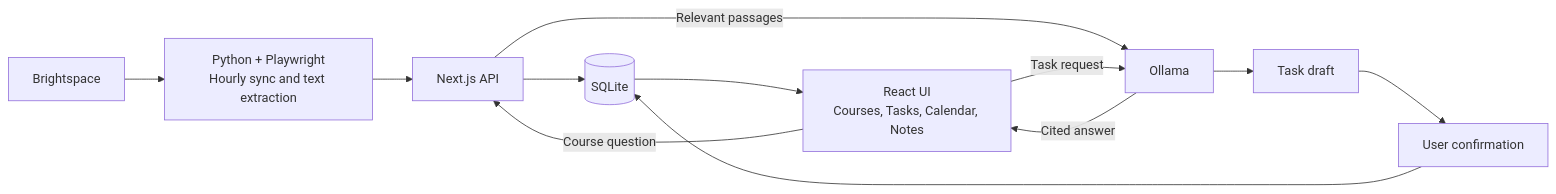
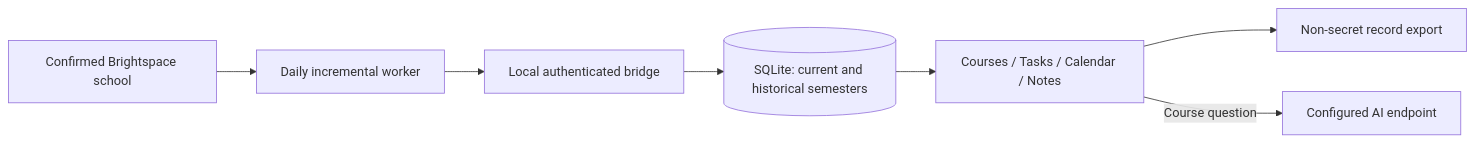
One commit to frankrainrp/Hackathon changed the diagram in README.md. Above: the diagram before and after it, drawn with Mermaid. The commit also changed other lines of this file and 28 other files, not shown here.

First line of the commit message:
feat(lms): retain confirmed school profiles and semester history

````diff
--- a/README.md
+++ b/README.md
@@ -30,14 +40,9 @@
 ```mermaid
 flowchart LR
-    School[Brightspace] --> Worker["Python + Playwright<br/>Hourly sync and text extraction"]
-    Worker --> API[Next.js API]
-    API --> DB[(SQLite)]
-    DB --> UI["React UI<br/>Courses, Tasks, Calendar, Notes"]
-    UI -->|Course question| API
-    API -->|Relevant passages| AI[Ollama]
-    AI -->|Cited answer| UI
-    UI -->|Task request| AI
-    AI --> Draft[Task draft]
-    Draft --> Confirm[User confirmation]
-    Confirm --> DB
+    School[Confirmed Brightspace school] --> Worker[Daily incremental worker]
+    Worker --> API[Local authenticated bridge]
+    API --> DB[(SQLite: current and historical semesters)]
+    DB --> UI[Courses / Tasks / Calendar / Notes]
+    UI --> Export[Non-secret record export]
+    UI -->|Course question| AI[Configured AI endpoint]
 ```
````
